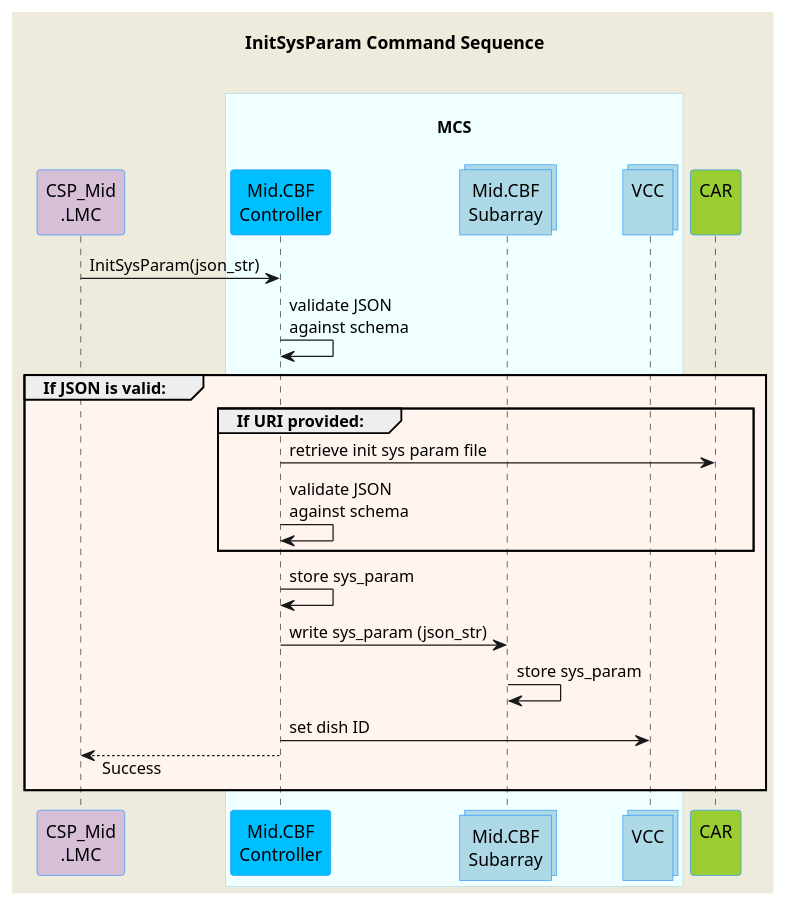
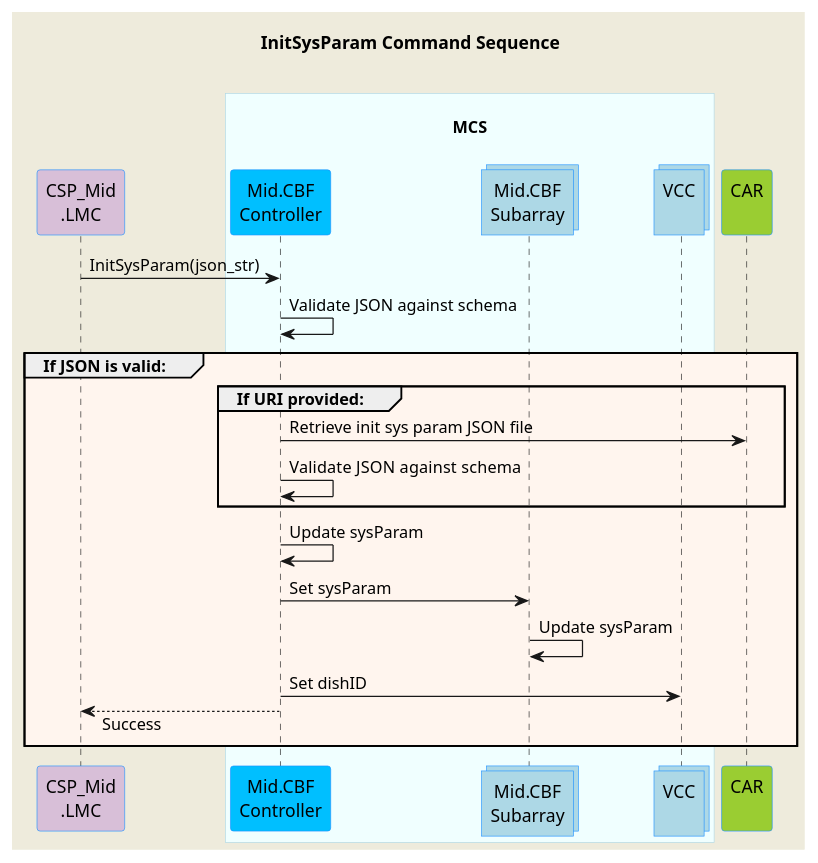
The diagram in docs/src/diagrams/initsysparam-command.puml (ska-telescope/mid-cbf-mcs), drawn with PlantUML before and after one commit. The commit also changed 11 other files, not shown here.

Commit message:
CIP-2424 sequence diagram consistency tweaks

```diff
--- a/docs/src/diagrams/initsysparam-command.puml
+++ b/docs/src/diagrams/initsysparam-command.puml
@@ -1,44 +1,44 @@
 @startuml
 'https://plantuml.com/sequence-diagram
 skinparam backgroundColor #EEEBDC
 skinparam sequence {
 ParticipantBorderColor DodgerBlue
 ParticipantBackgroundColor DeepSkyBlue
 ActorBorderColor DarkGreen
 ActorBackgroundColor Green
 BoxBorderColor LightBlue
 BoxBackgroundColor #F0FFFF
 }
 skinparam collections {
   BackGroundColor LightBlue
   BorderColor DodgerBlue
 }
 skinparam responseMessageBelowArrow true
 
 title InitSysParam Command Sequence\n
 
 participant "CSP_Mid\n.LMC" as lmc #Thistle
 box "\nMCS\n"
   participant "Mid.CBF\nController" as controller
   collections "Mid.CBF\nSubarray" as subarray
   collections "VCC\n" as vcc
 end box
 participant "CAR\n" as car #YellowGreen
 
-lmc          -> controller           : InitSysParam(json_str)
-controller      -> controller           : validate JSON \nagainst schema
+lmc          -> controller          : InitSysParam(json_str)
+controller   -> controller          : Validate JSON against schema
 
 group #SeaShell If JSON is valid:
   group #SeaShell If URI provided:
-    controller      -> car            : retrieve init sys param file
-    controller      -> controller     : validate JSON \nagainst schema
+    controller    -> car            : Retrieve init sys param JSON file
+    controller    -> controller     : Validate JSON  against schema
   end group
-  controller      -> controller     : store sys_param
-  controller      -> subarray       : write sys_param (json_str)
-  subarray     -> subarray          : store sys_param
-  controller      -> vcc            : set dish ID
+  controller      -> controller     : Update sysParam
+  controller      -> subarray       : Set sysParam
+  subarray        -> subarray       : Update sysParam
+  controller      -> vcc            : Set dishID
   lmc         <-- controller        : Success
 end group
 
 
 @enduml
```
